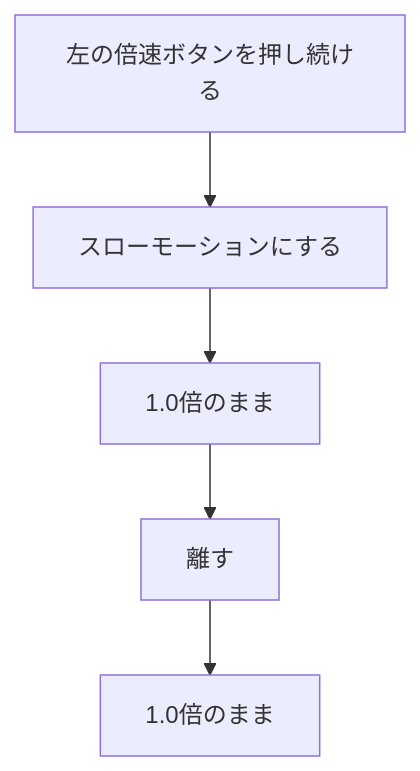
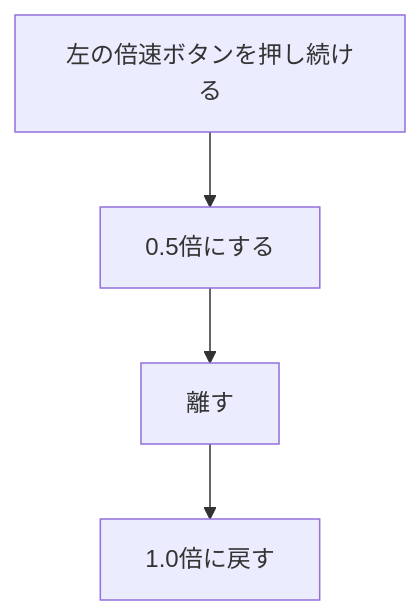
One commit to pfgnsb/hand-spinner changed the eighth of 9 diagrams in spinner/ドキュメント/ユースケース.md. Above: the diagram before and after it, drawn with Mermaid. The commit also changed other lines of this file and 7 other files, not shown here.

````diff
--- a/spinner/ドキュメント/ユースケース.md
+++ b/spinner/ドキュメント/ユースケース.md
@@ -170,7 +162,6 @@
 ```mermaid
 flowchart TD
-  a[左の倍速ボタンを押し続ける] --> b[スローモーションにする]
-  b --> c[1.0倍のまま]
-  c --> d[離す]
-  d --> e[1.0倍のまま]
+  a[左の倍速ボタンを押し続ける] --> b[0.5倍にする]
+  b --> c[離す]
+  c --> d[1.0倍に戻す]
 ```
````
